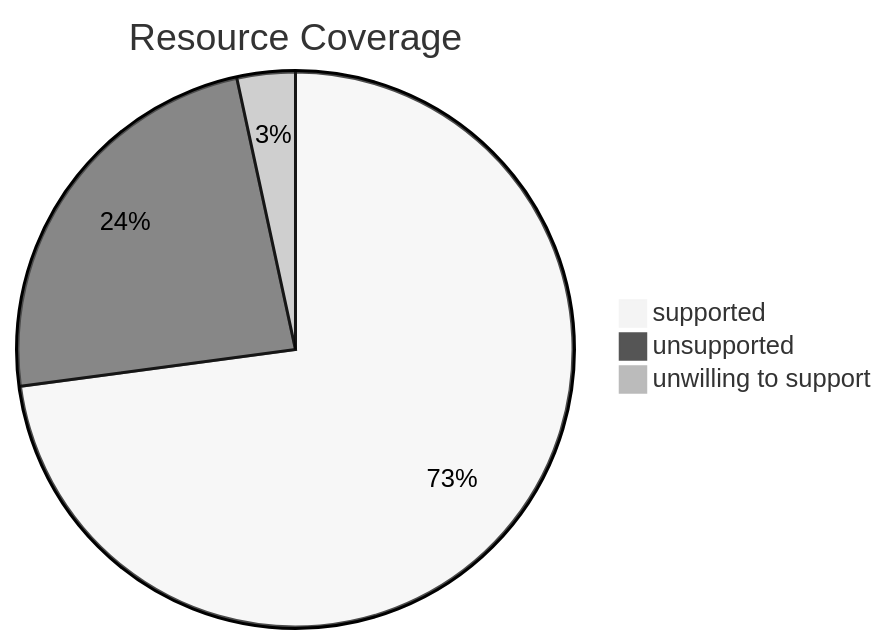
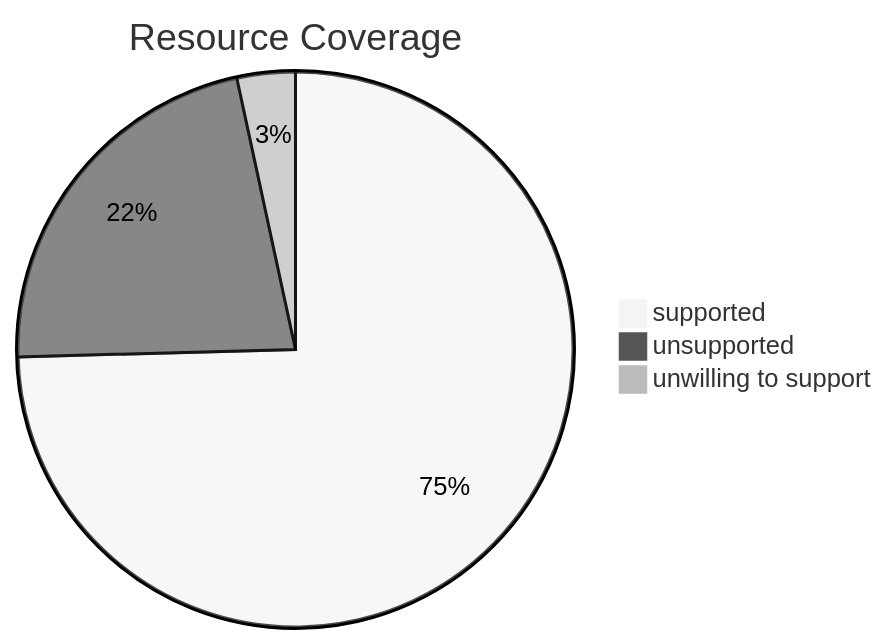
Before and after one commit to lassoColombo/nuke: the diagram in README.md, drawn with Mermaid (neutral theme). The commit also changed other lines of this file, not shown here.

````diff
--- a/README.md
+++ b/README.md
@@ -153,7 +153,7 @@
 ```mermaid
 pie title Resource Coverage
-    "supported" : 43
-    "unsupported" : 14
+    "supported" : 44
+    "unsupported" : 13
     "unwilling to support" : 2
 
 ```
````
